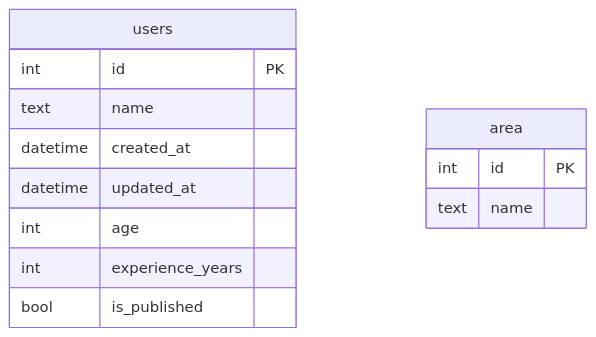
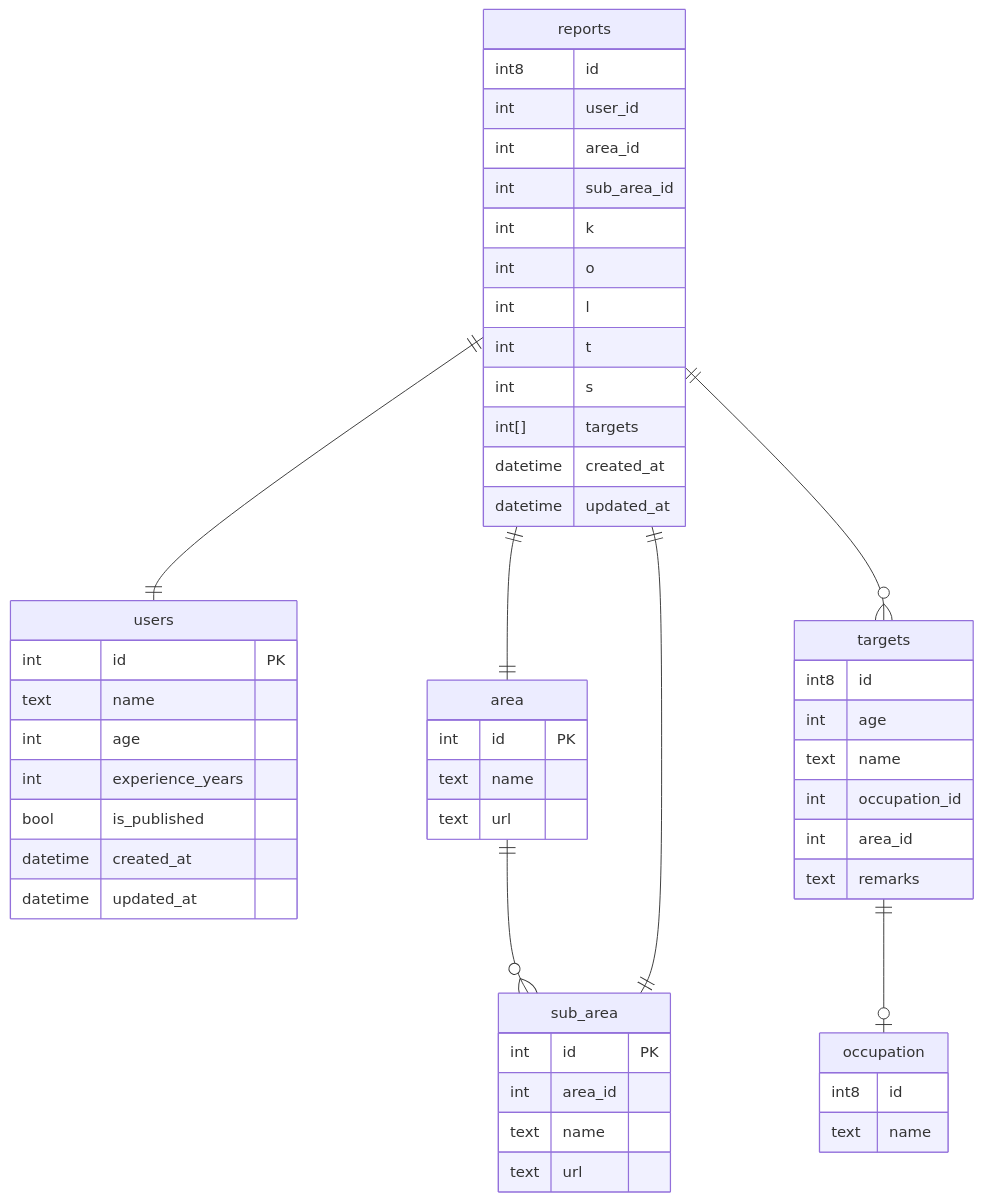
The diagram in doc/er.md (mountain-mouth/PickupAnalytics), drawn with Mermaid before and after one commit. The commit also changed 1 other file, not shown here.

Commit message:
dev/図更新

````diff
--- a/doc/er.md
+++ b/doc/er.md
@@ -1,18 +1,60 @@
 ```mermaid
 erDiagram
     users {
         int id PK
         text name
-        datetime created_at
-        datetime updated_at
         int age
         int experience_years
         bool is_published
+        datetime created_at
+        datetime updated_at
     }
 
     area {
         int id PK
         text name
+        text url
+    }
+    area ||--o{ sub_area : ""
 
+    sub_area{
+        int id PK
+        int area_id
+        text name
+        text url
+    }
+
+    reports {
+        int8 id
+        int user_id
+        int area_id
+        int sub_area_id
+        int k
+        int o
+        int l
+        int t
+        int s
+        int[] targets
+        datetime created_at
+        datetime updated_at
+    }
+    reports ||--|| users : ""
+    reports ||--|| area : ""
+    reports ||--|| sub_area : ""
+    reports ||--o{ targets : ""
+
+    targets {
+        int8 id
+        int age
+        text name
+        int occupation_id
+        int area_id
+        text remarks
+    }
+    targets ||--o| occupation : ""
+
+    occupation {
+        int8 id
+        text name
     }
 ```
````
